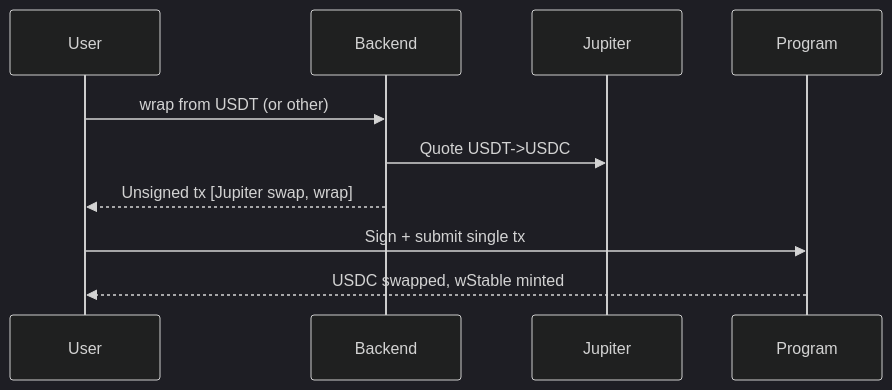
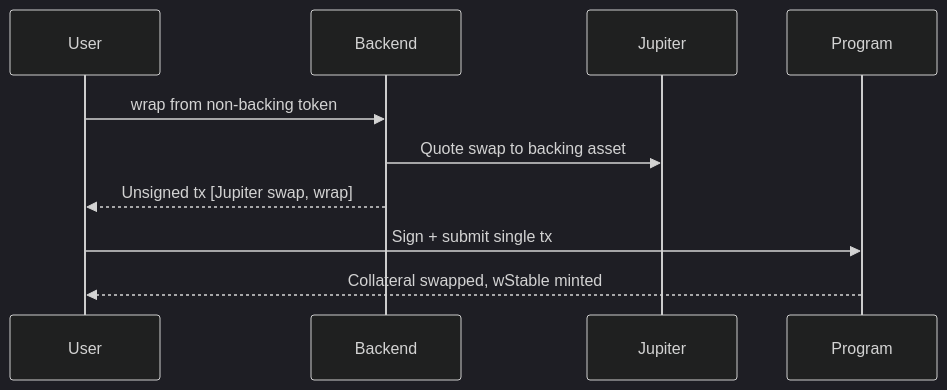
Before and after one commit to eregion-labs/wrap-stablecoin: the fourth of 5 diagrams in wiki/Architecture.md, drawn with Mermaid (dark theme). The commit also changed other lines of this file and 43 other files, not shown here.

````diff
--- a/wiki/Architecture.md
+++ b/wiki/Architecture.md
@@ -130,12 +130,12 @@
 ```mermaid
 sequenceDiagram
     participant U as User
     participant BE as Backend
     participant J as Jupiter
     participant P as Program
-    U->>BE: wrap from USDT (or other)
-    BE->>J: Quote USDT->USDC
+    U->>BE: wrap from non-backing token
+    BE->>J: Quote swap to backing asset
     BE-->>U: Unsigned tx [Jupiter swap, wrap]
     U->>P: Sign + submit single tx
-    P-->>U: USDC swapped, wStable minted
+    P-->>U: Collateral swapped, wStable minted
 ```
````
